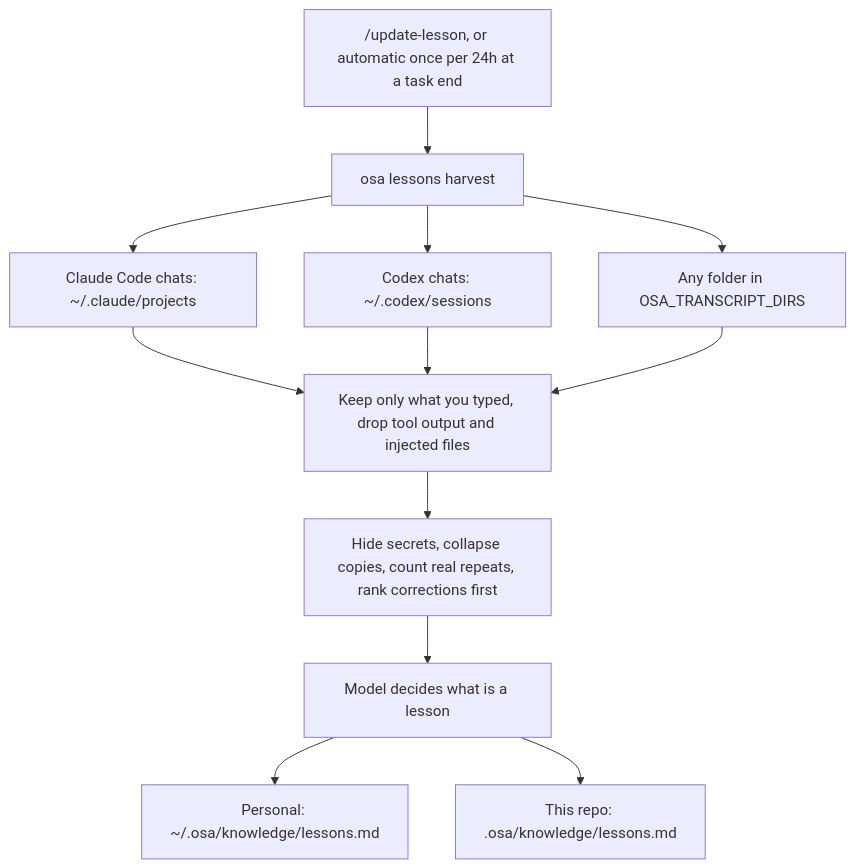
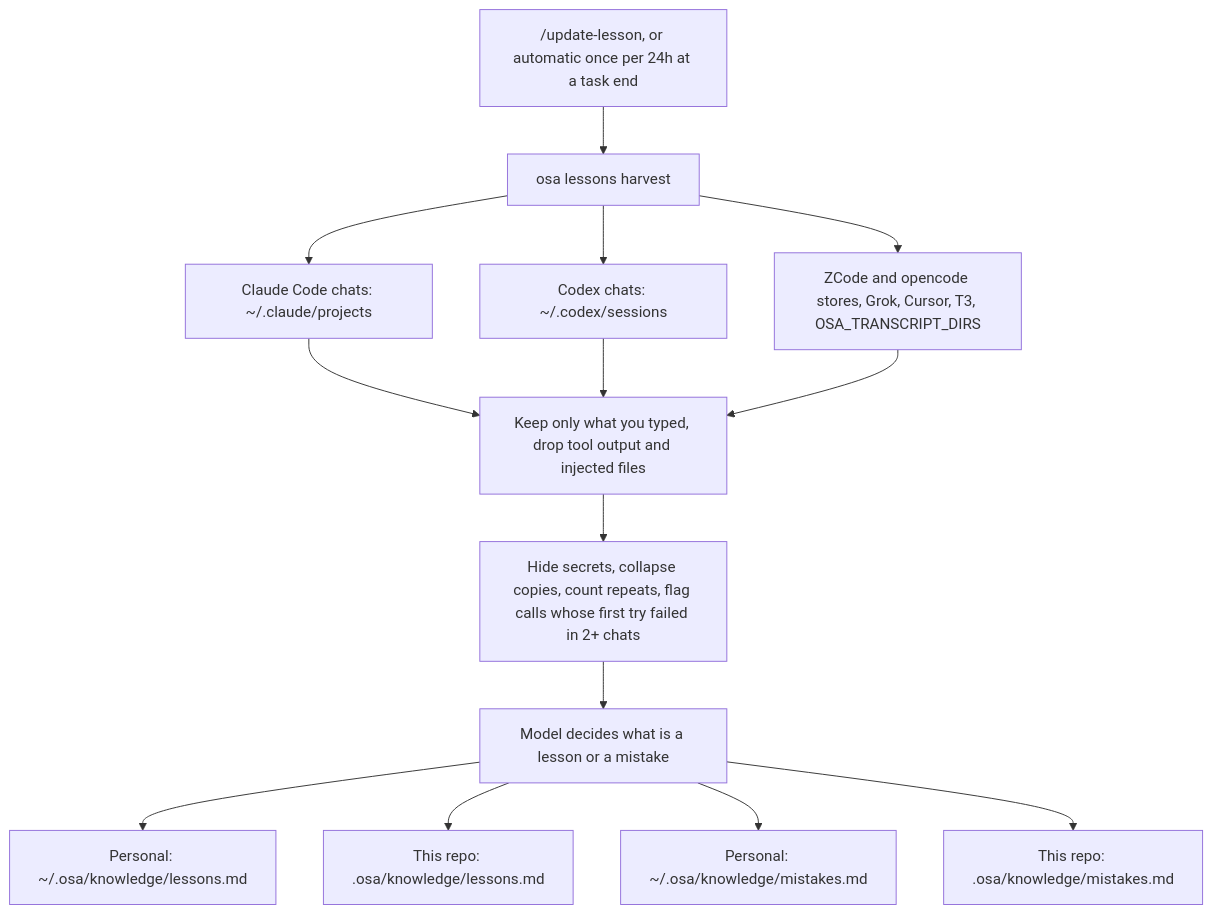
The seventh of 7 diagrams in README.md (YourNeelsOG/one-skill-army), drawn with Mermaid before and after one commit. The commit also changed other lines of this file and 18 other files, not shown here.

````diff
--- a/README.md
+++ b/README.md
@@ -372,14 +377,16 @@
 ```mermaid
 flowchart TD
     A["/update-lesson, or automatic once per 24h at a task end"] --> B["osa lessons harvest"]
     B --> C[Claude Code chats: ~/.claude/projects]
     B --> D[Codex chats: ~/.codex/sessions]
-    B --> E[Any folder in OSA_TRANSCRIPT_DIRS]
+    B --> E[ZCode and opencode stores, Grok, Cursor, T3, OSA_TRANSCRIPT_DIRS]
     C --> F[Keep only what you typed, drop tool output and injected files]
     D --> F
     E --> F
-    F --> G[Hide secrets, collapse copies, count real repeats, rank corrections first]
-    G --> H[Model decides what is a lesson]
+    F --> G[Hide secrets, collapse copies, count repeats, flag calls whose first try failed in 2+ chats]
+    G --> H[Model decides what is a lesson or a mistake]
     H --> I[Personal: ~/.osa/knowledge/lessons.md]
     H --> J[This repo: .osa/knowledge/lessons.md]
+    H --> K[Personal: ~/.osa/knowledge/mistakes.md]
+    H --> L[This repo: .osa/knowledge/mistakes.md]
 ```
````
